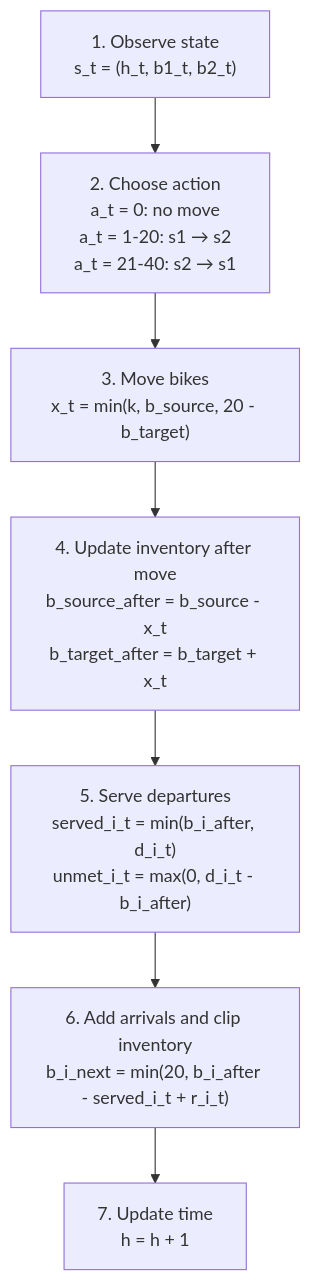
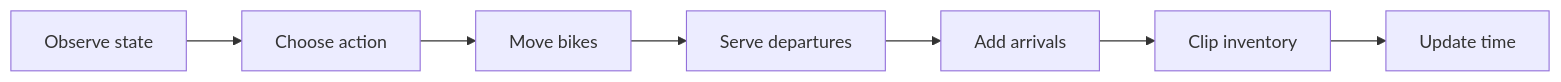
Before and after one commit to Cookie460/citibike-rl: the diagram in README.md, drawn with Mermaid. The commit also changed other lines of this file, not shown here.

````diff
--- a/README.md
+++ b/README.md
@@ -153,12 +153,12 @@
 ```mermaid
-flowchart TB
-    A["1. Observe state<br/>s_t = (h_t, b1_t, b2_t)"]
-    B["2. Choose action<br/>a_t = 0: no move<br/>a_t = 1-20: s1 → s2<br/>a_t = 21-40: s2 → s1"]
-    C["3. Move bikes<br/>x_t = min(k, b_source, 20 - b_target)"]
-    D["4. Update inventory after move<br/>b_source_after = b_source - x_t<br/>b_target_after = b_target + x_t"]
-    E["5. Serve departures<br/>served_i_t = min(b_i_after, d_i_t)<br/>unmet_i_t = max(0, d_i_t - b_i_after)"]
-    F["6. Add arrivals and clip inventory<br/>b_i_next = min(20, b_i_after - served_i_t + r_i_t)"]
-    G["7. Update time<br/>h = h + 1"]
+flowchart LR
+    A["Observe state"]
+    B["Choose action"]
+    C["Move bikes"]
+    D["Serve departures"]
+    E["Add arrivals"]
+    F["Clip inventory"]
+    G["Update time"]
 
     A --> B --> C --> D --> E --> F --> G
 ```
````
